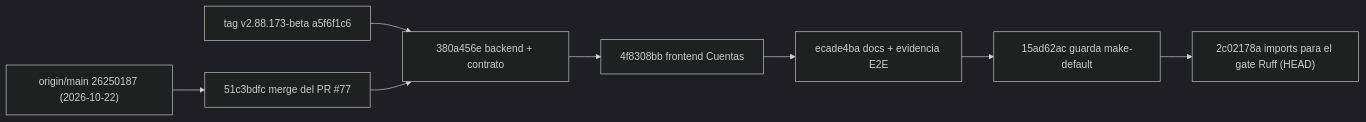
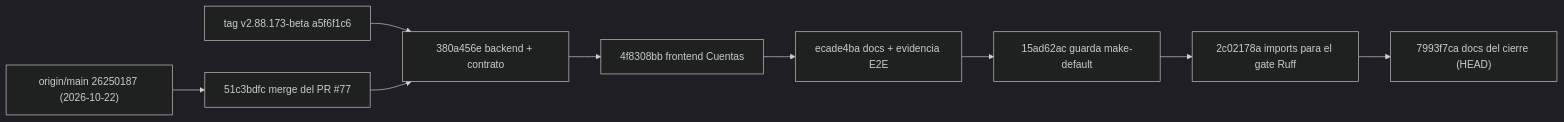
One commit to jvelasca/Bolsa_V1 changed the diagram in docs/engineering/verificacion-grafo-cuentas-2026-10-31.md. Above: the diagram before and after it, drawn with Mermaid (dark theme). The commit also changed other lines of this file and 2 other files, not shown here.

Commit message:
docs(cuentas): expediente pre-sello .174 con atribucion CI separada y bloqueo del pin

````diff
--- a/docs/engineering/verificacion-grafo-cuentas-2026-10-31.md
+++ b/docs/engineering/verificacion-grafo-cuentas-2026-10-31.md
@@ -28,10 +28,11 @@
 ```mermaid
 graph LR
   main["origin/main 26250187 (2026-10-22)"] --> integ["51c3bdfc merge del PR #77"]
   tag["tag v2.88.173-beta a5f6f1c6"] --> c1["380a456e backend + contrato"]
   c1 --> c2["4f8308bb frontend Cuentas"]
   c2 --> c3["ecade4ba docs + evidencia E2E"]
   c3 --> c4["15ad62ac guarda make-default"]
-  c4 --> c5["2c02178a imports para el gate Ruff (HEAD)"]
+  c4 --> c5["2c02178a imports para el gate Ruff"]
+  c5 --> c6["7993f7ca docs del cierre (HEAD)"]
   integ --> c1
 ```
````
